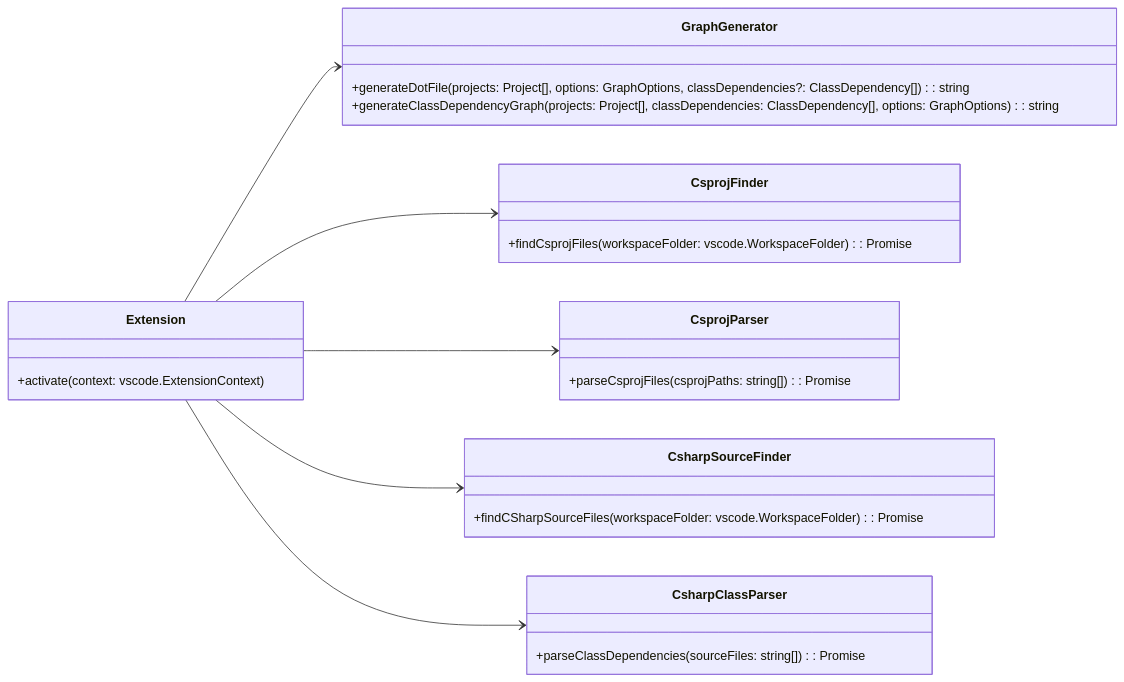
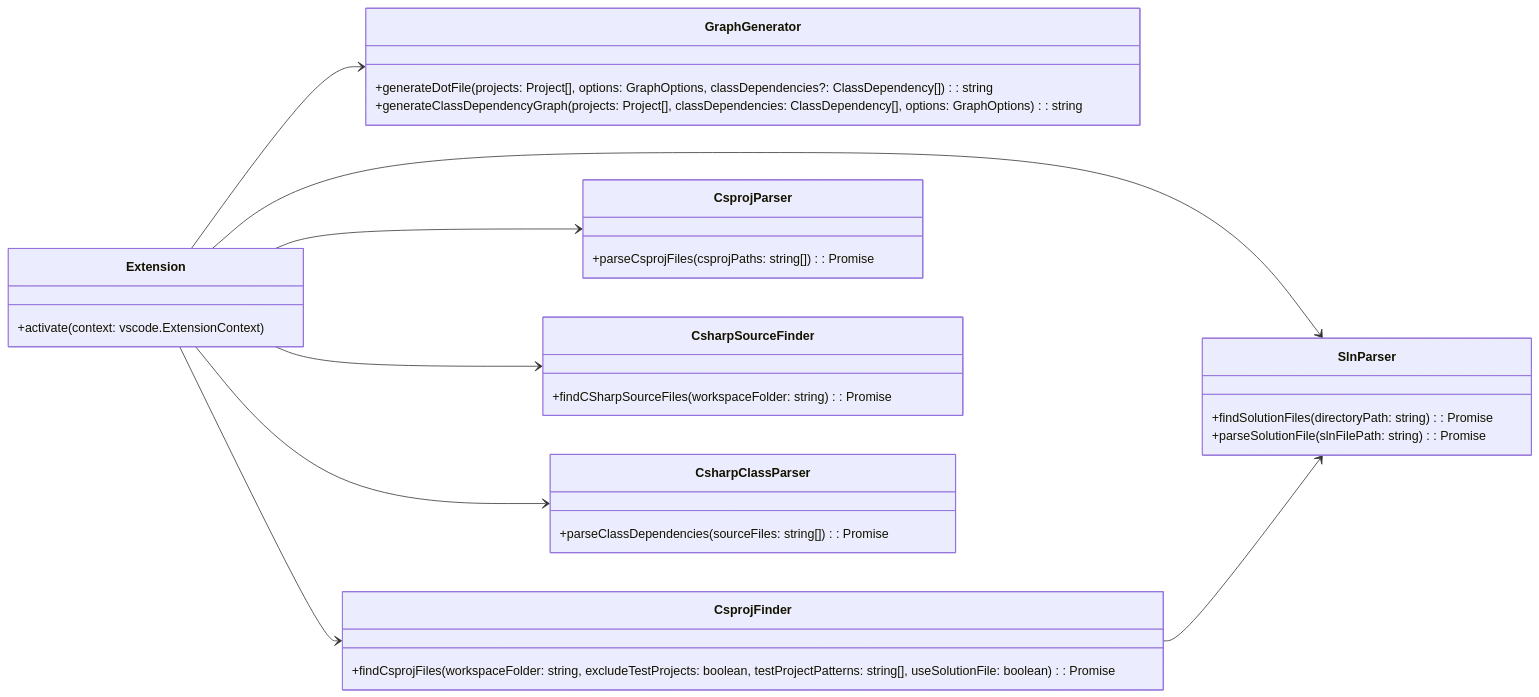
Before and after one commit to magic5644/vscode-csharp-dependency-graph: the diagram in README.md, drawn with Mermaid. The commit also changed other lines of this file and 9 other files, not shown here.

Commit message:
Add solution file parser and csproj finder; include tests and update .gitignore

````diff
--- a/README.md
+++ b/README.md
@@ -112,35 +115,42 @@
 ```mermaid
 classDiagram
   direction LR
 
   class Extension {
       +activate(context: vscode.ExtensionContext)
   }
 
   class GraphGenerator {
       +generateDotFile(projects: Project[], options: GraphOptions, classDependencies?: ClassDependency[]): string
       +generateClassDependencyGraph(projects: Project[], classDependencies: ClassDependency[], options: GraphOptions): string
   }
 
   class CsprojFinder {
-      +findCsprojFiles(workspaceFolder: vscode.WorkspaceFolder): Promise<string[]>
+      +findCsprojFiles(workspaceFolder: string, excludeTestProjects: boolean, testProjectPatterns: string[], useSolutionFile: boolean): Promise<string[]>
   }
 
   class CsprojParser {
       +parseCsprojFiles(csprojPaths: string[]): Promise<Project[]>
   }
 
+  class SlnParser {
+      +findSolutionFiles(directoryPath: string): Promise<string[]>
+      +parseSolutionFile(slnFilePath: string): Promise<string[]>
+  }
+
   class CsharpSourceFinder {
-      +findCSharpSourceFiles(workspaceFolder: vscode.WorkspaceFolder): Promise<string[]>
+      +findCSharpSourceFiles(workspaceFolder: string): Promise<string[]>
   }
 
   class CsharpClassParser {
       +parseClassDependencies(sourceFiles: string[]): Promise<ClassDependency[]>
   }
 
   Extension --> GraphGenerator
   Extension --> CsprojFinder
   Extension --> CsprojParser
   Extension --> CsharpSourceFinder
   Extension --> CsharpClassParser
+  Extension --> SlnParser
+  CsprojFinder --> SlnParser
 ```
````
